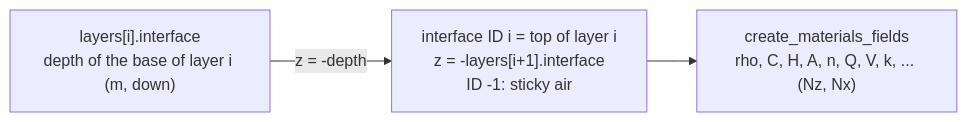
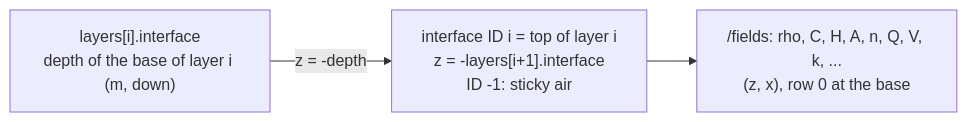
One commit to geojobueno/tapioca changed the third of 3 diagrams in docs/source/abstractions/svg_scenarios.md. Above: the diagram before and after it, drawn with Mermaid. The commit also changed other lines of this file and 10 other files, not shown here.

First line of the commit message:
Set the LAB at 1350 oC and follow the architecture layout in the diagram

````diff
--- a/docs/source/abstractions/svg_scenarios.md
+++ b/docs/source/abstractions/svg_scenarios.md
@@ -94,5 +182,5 @@
 ```mermaid
 flowchart LR
     L["layers[i].interface<br/>depth of the base of layer i (m, down)"] -->|"z = -depth"| I["interface ID i = top of layer i<br/>z = -layers[i+1].interface<br/>ID -1: sticky air"]
-    I --> F["create_materials_fields<br/>rho, C, H, A, n, Q, V, k, ... (Nz, Nx)"]
+    I --> F["/fields: rho, C, H, A, n, Q, V, k, ...<br/>(z, x), row 0 at the base"]
 ```
````
